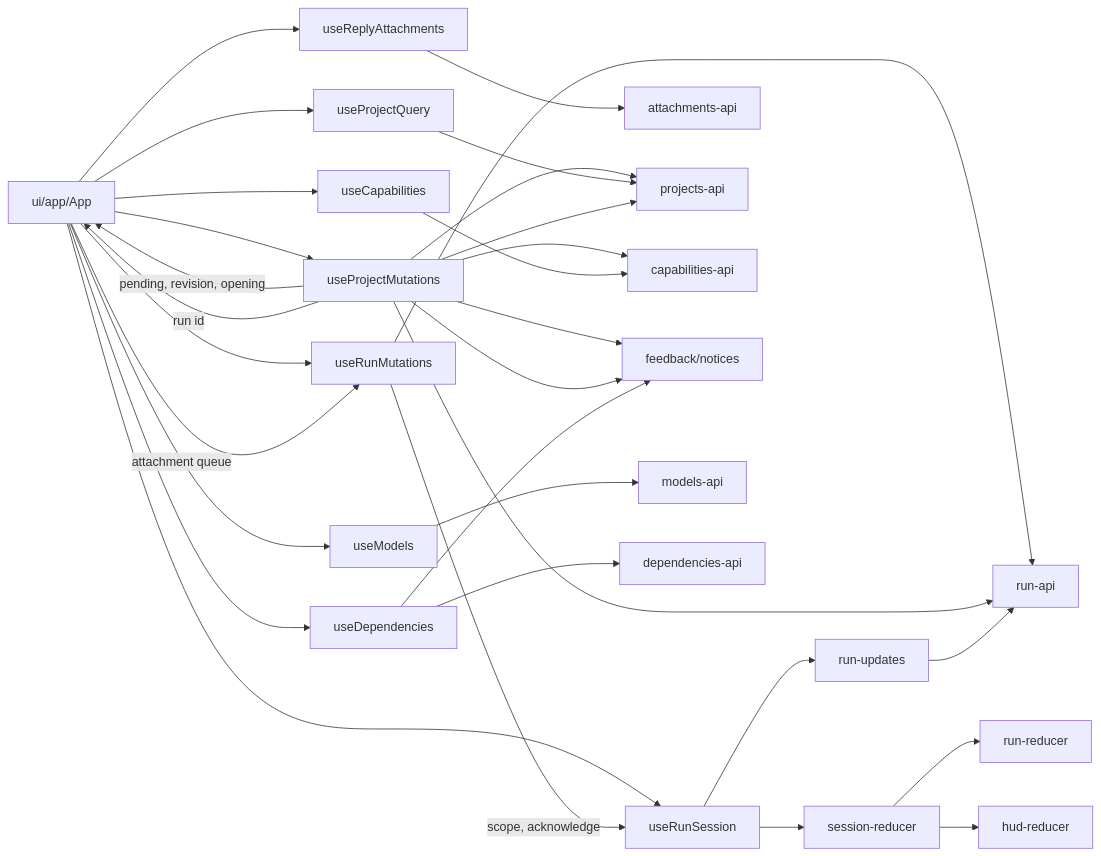
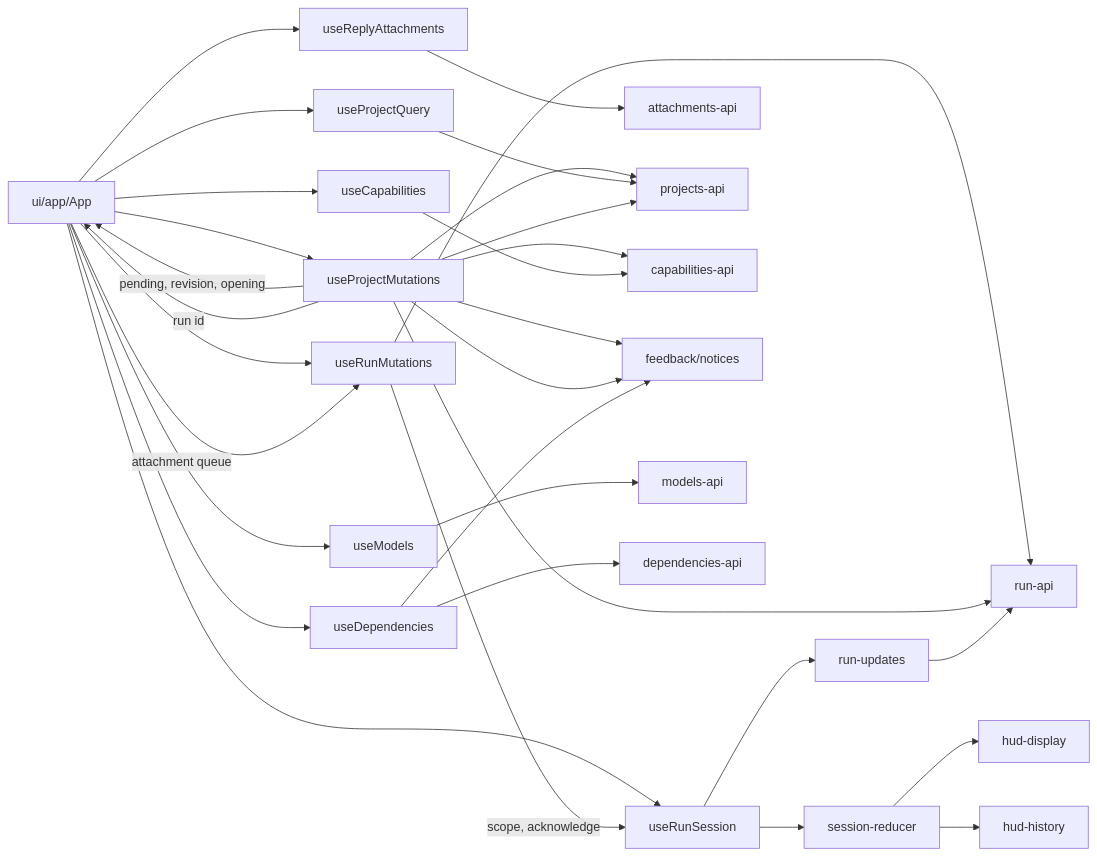
Before and after one commit to Tachion-Oy/robozium: the diagram in desktop/renderer/src/ARCHITECTURE.md, drawn with Mermaid. The commit also changed other lines of this file and 3 other files, not shown here.

First line of the commit message:
Describe the one session reducer in the desktop documentation

````diff
--- a/desktop/renderer/src/ARCHITECTURE.md
+++ b/desktop/renderer/src/ARCHITECTURE.md
@@ -65,29 +65,29 @@
 ```mermaid
 flowchart LR
   App["ui/app/App"] --> Models["useModels"]
   App --> Query["useProjectQuery"]
   App --> Mutations["useProjectMutations"]
   Mutations -- "pending, revision, opening" --> App
   App --> Capabilities["useCapabilities"]
   App --> Session["useRunSession"]
   App --> RunMutations["useRunMutations"]
   RunMutations -- "scope, acknowledge" --> Session
   RunMutations --> RunApi
   App --> ReplyAttachments["useReplyAttachments"] --> AttachmentsApi["attachments-api"]
   App -- "attachment queue" --> RunMutations
   Mutations -- "run id" --> App
   Mutations --> ProjectsApi["projects-api"]
   Mutations --> CapabilitiesApi["capabilities-api"]
   Mutations --> RunApi["run-api"]
   Mutations --> Notices["feedback/notices"]
   Session --> Updates["run-updates"] --> RunApi
-  Session --> Reducer["session-reducer"] --> RunReducer["run-reducer"]
-  Reducer --> HudReducer["hud-reducer"]
+  Session --> Reducer["session-reducer"] --> HudDisplay["hud-display"]
+  Reducer --> HudHistory["hud-history"]
   Query --> ProjectsApi
   Mutations --> ProjectsApi
   Mutations --> Notices
   Capabilities --> CapabilitiesApi
   Models --> ModelsApi["models-api"]
   App --> Dependencies["useDependencies"] --> DependenciesApi["dependencies-api"]
   Dependencies --> Notices
 ```
````
